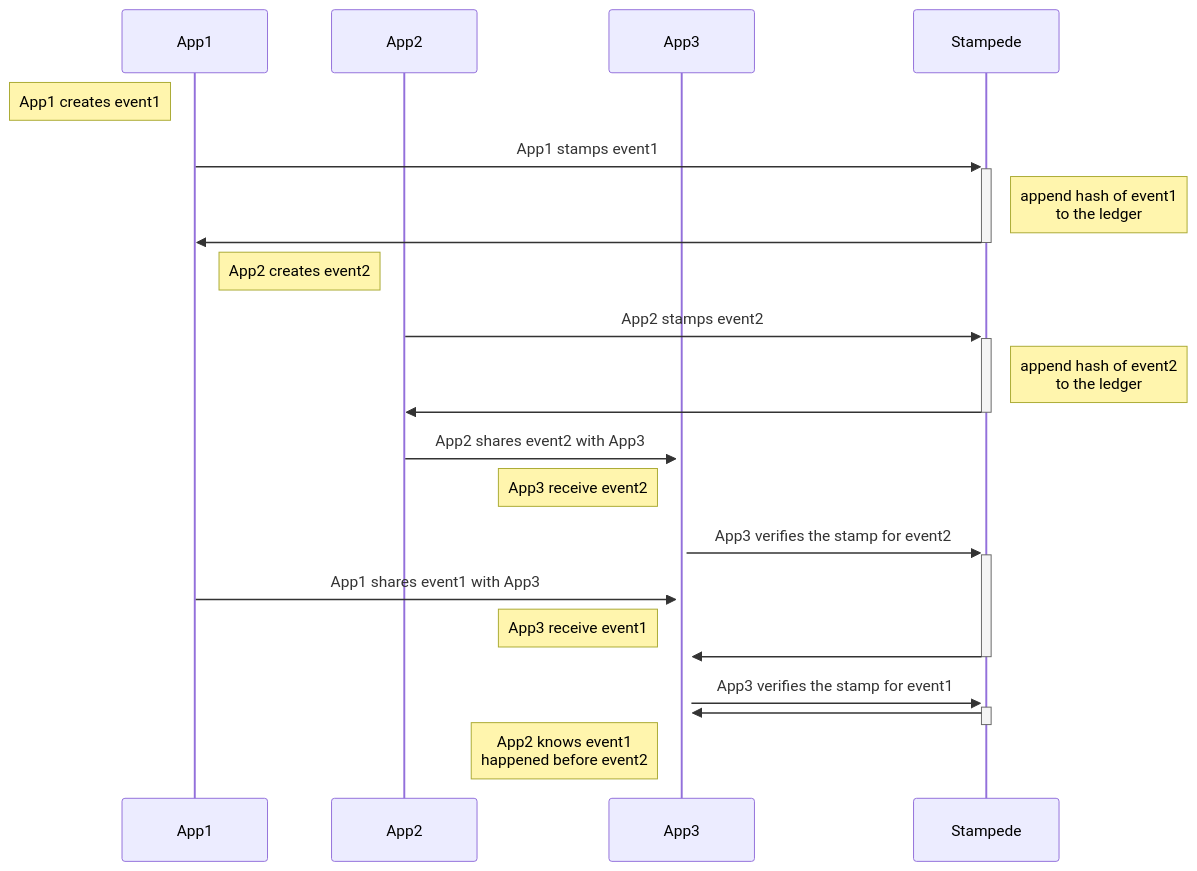
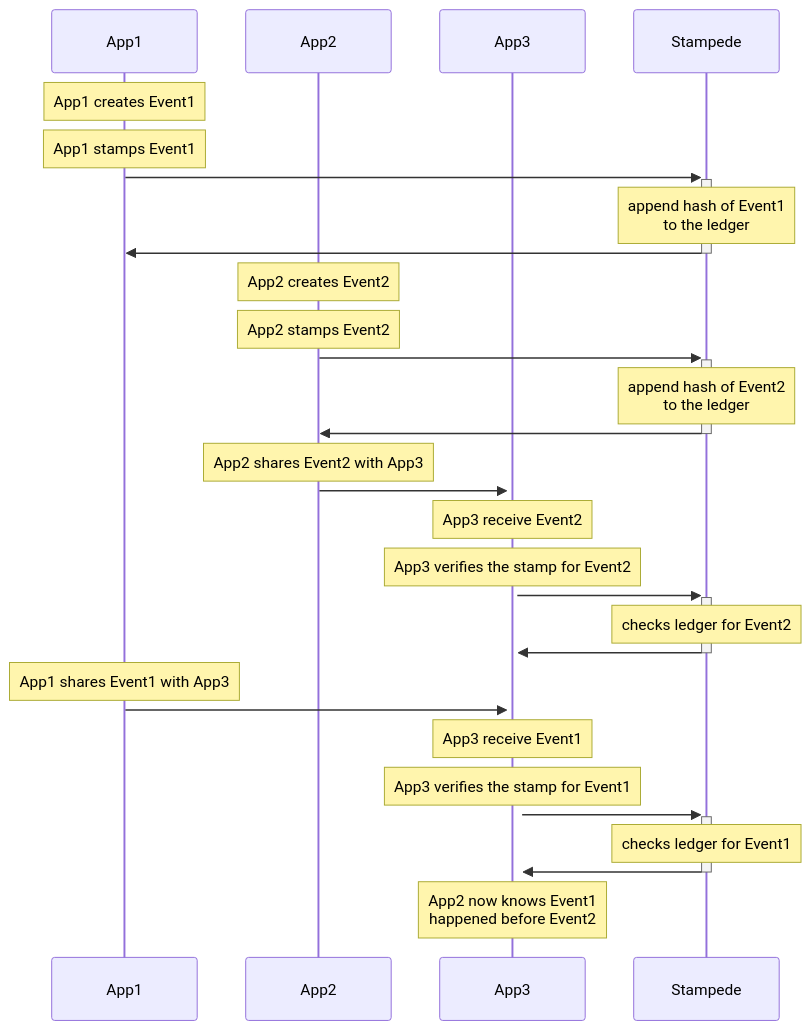
One commit to jlinclabs/stampede changed the diagram in SPEC.md. Above: the diagram before and after it, drawn with Mermaid.

````diff
--- a/SPEC.md
+++ b/SPEC.md
@@ -145,24 +145,32 @@
 ```mermaid
 sequenceDiagram
   participant App1
   participant App2
   participant App3
   participant Stampede
-  Note left of App1: App1 creates event1
-  App1->>+Stampede: App1 stamps event1
-  Note right of Stampede: append hash of event1<br/>to the ledger
+  Note over App1: App1 creates Event1
+  Note over App1: App1 stamps Event1
+  App1->>+Stampede: 
+  Note over Stampede: append hash of Event1<br/>to the ledger
   Stampede->>-App1: 
-  Note left of App2: App2 creates event2
-  App2->>+Stampede: App2 stamps event2
-  Note right of Stampede: append hash of event2<br/>to the ledger
+  Note over App2: App2 creates Event2
+  Note over App2: App2 stamps Event2
+  App2->>+Stampede: 
+  Note over Stampede: append hash of Event2<br/>to the ledger
   Stampede->>-App2: 
-  App2->>+App3: App2 shares event2 with App3
-  Note left of App3: App3 receive event2
-  App3->>+Stampede: App3 verifies the stamp for event2
-  App1->>+App3: App1 shares event1 with App3
-  Note left of App3: App3 receive event1
+  Note over App2: App2 shares Event2 with App3
+  App2->>+App3: 
+  Note over App3: App3 receive Event2
+  Note over App3: App3 verifies the stamp for Event2
+  App3->>+Stampede: 
+  Note over Stampede: checks ledger for Event2
   Stampede->>-App3: 
-  App3->>+Stampede: App3 verifies the stamp for event1
+  Note over App1: App1 shares Event1 with App3
+  App1->>+App3: 
+  Note over App3: App3 receive Event1
+  Note over App3: App3 verifies the stamp for Event1
+  App3->>+Stampede: 
+  Note over Stampede: checks ledger for Event1
   Stampede->>-App3: 
-  Note left of App3: App2 knows event1<br/> happened before event2
+  Note over App3: App2 now knows Event1<br/> happened before Event2
 ```
````
